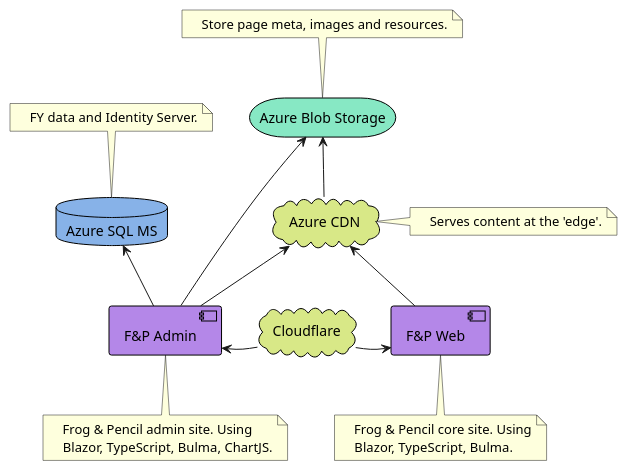
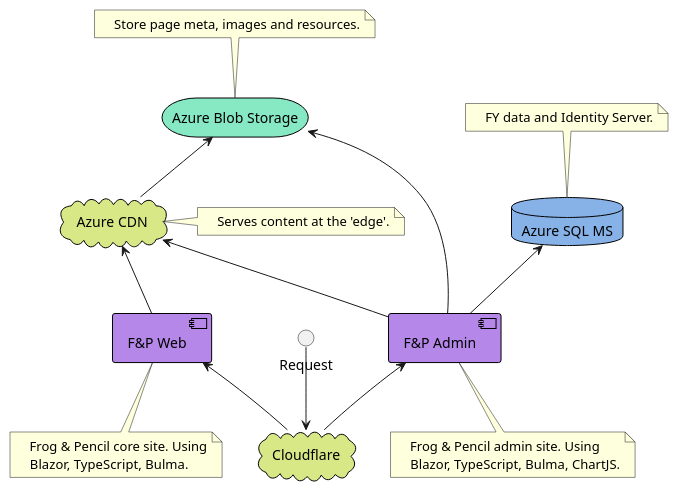
One commit to bearandhammer/knowledge-vault changed the second of 2 diagrams in obsidian-vault/🐸 Frog & Pencil/Architecture Diagram.md. Above: the diagram before and after it, drawn with PlantUML.

Commit message:
Lews PC vault backup: 06/04/2022 22:38:01
Affected files:
obsidian-vault/🐸 Frog & Pencil/Architecture Diagram.md

````diff
--- a/obsidian-vault/🐸 Frog & Pencil/Architecture Diagram.md
+++ b/obsidian-vault/🐸 Frog & Pencil/Architecture Diagram.md
@@ -33,75 +33,78 @@
 ```plantuml
 <style>
 component {
 	BackgroundColor #b487e8
 	LineThickness 1
 	LineColor black
 }
 cloud {
 	BackgroundColor #d8e887
 	LineThickness 1
 	LineColor black
 }
 database {
 	BackgroundColor #87b2e8
 	LineThickness 1
 	LineColor black
 }
 storage {
 	BackgroundColor #87e8c4
 	LineThickness 1
 	LineColor black
 }
 </style>
 
 storage "Azure Blob Storage" as ABS {
 }
 
 database "Azure SQL MS" as ASMS {
 }
+
+circle Request as REQ
 
 component "F&P Web" as FPW {
 }
 
 cloud "Cloudflare" as CF {
 }
 
 component "F&P Admin" as FPA {
 }
 
 cloud "Azure CDN" as ACDN {
 }
 
 note top of ABS  
     Store page meta, images and resources.
 end note
 
 note bottom of FPW  
     Frog & Pencil core site. Using
     Blazor, TypeScript, Bulma. 
 end note
 
 note bottom of FPA
     Frog & Pencil admin site. Using
     Blazor, TypeScript, Bulma, ChartJS.
 end note
 
 note top of ASMS
     FY data and Identity Server.
 end note
 
 note right of ACDN
     Serves content at the 'edge'.
 end note
 
 ABS <-- ACDN
 ABS <-- FPA
 ACDN <-- FPW
 ACDN <-- FPA
 ASMS <-- FPA
 FPA <-- CF
 CF --> FPW
+REQ --> CF
 
-FPA -[hidden]> CF
-FPW -[hidden]> CF
+FPA -[hidden]-> CF
+FPW -[hidden]-> CF
 ```
````
